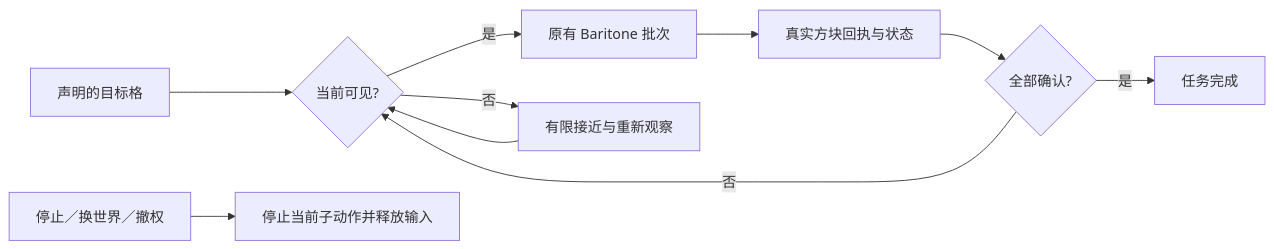
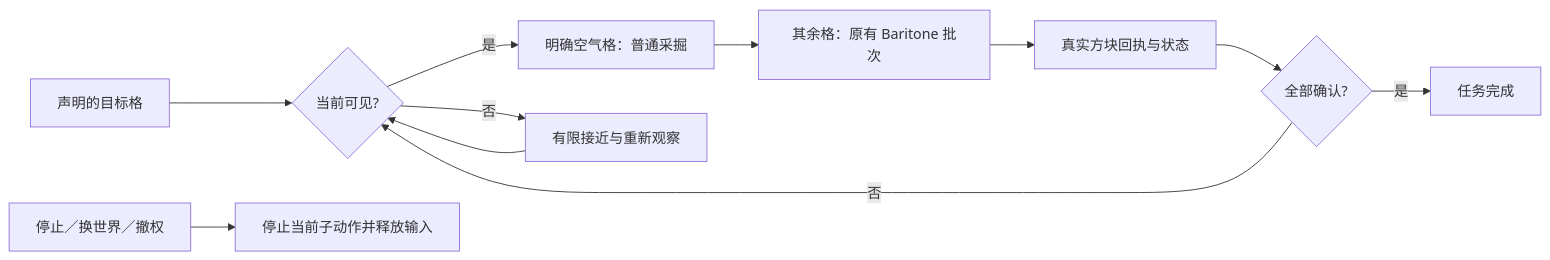
Before and after one commit to Momoyeyu/momo-web: the third of 3 diagrams in docs/development/007-flowing-minecraft.md, drawn with Mermaid. The commit also changed other lines of this file and 10 other files, not shown here.

````diff
--- a/docs/development/007-flowing-minecraft.md
+++ b/docs/development/007-flowing-minecraft.md
@@ -84,12 +86,13 @@
 ```mermaid
 flowchart LR
   Intent[声明的目标格] --> Sight{当前可见?}
-  Sight -->|是| Build[原有 Baritone 批次]
+  Sight -->|是| Clear[明确空气格：普通采掘]
+  Clear --> Build[其余格：原有 Baritone 批次]
   Build --> Proof[真实方块回执与状态]
   Proof --> Pending{全部确认?}
   Pending -->|否| Sight
   Sight -->|否| Walk[有限接近与重新观察]
   Walk --> Sight
   Pending -->|是| Done[任务完成]
   Stop[停止／换世界／撤权] --> Release[停止当前子动作并释放输入]
 ```
````
